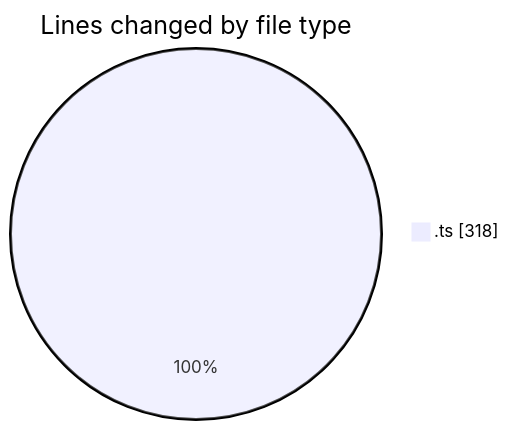
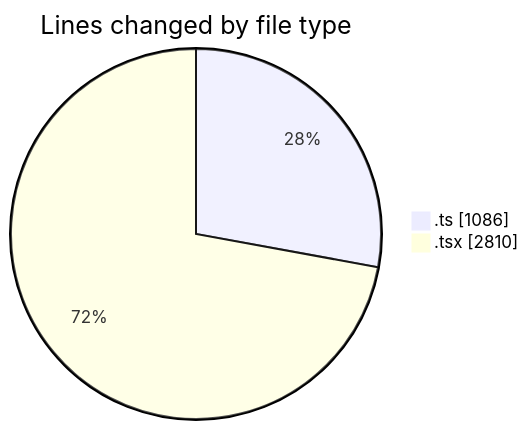
The first of 2 diagrams in 2026-06-02/nxtqube_webapp/README.md (nxtqubesakshisongat/code-tracking), drawn with Mermaid before and after one commit. The commit also changed other lines of this file and 1 other file, not shown here.

````diff
--- a/2026-06-02/nxtqube_webapp/README.md
+++ b/2026-06-02/nxtqube_webapp/README.md
@@ -20,5 +25,6 @@
 ```mermaid
 pie showData
 title Lines changed by file type
-".ts" : 318
+".ts" : 1086
+".tsx" : 2810
 ```
````
